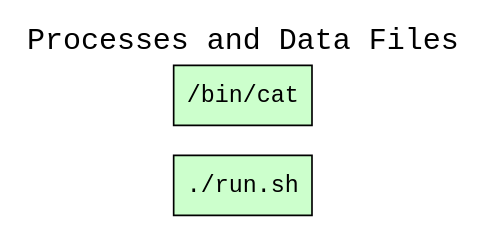
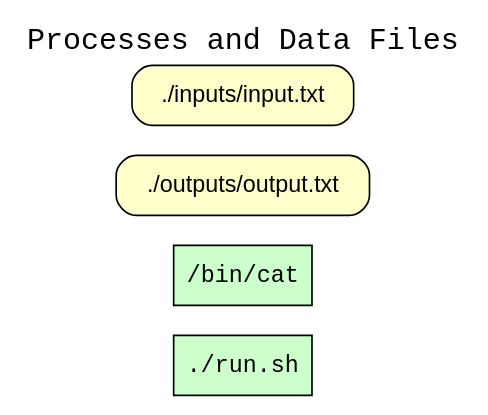
Before and after one commit to CIRSS/cpr: the diagram in examples/05-cat-file-to-file/graphs/wt_processes_and_data_files.dot, drawn with Graphviz. The commit also changed 10 other files, not shown here.

Commit message:
New graph now includes data file nodes.

```diff
--- a/examples/05-cat-file-to-file/graphs/wt_processes_and_data_files.dot
+++ b/examples/05-cat-file-to-file/graphs/wt_processes_and_data_files.dot
@@ -1,10 +1,12 @@
 
 digraph wt_run {
 rankdir=LR
 fontname=Courier; fontsize=18; labelloc=t
 label="Processes and Data Files"
 node[shape=box style="filled" fillcolor="#CCFFCC" peripheries=1 fontname=Courier]
 "exe:e1" [label="./run.sh"]
 "exe:e2" [label="/bin/cat"]
 node[shape=box style="rounded,filled" fillcolor="#FFFFCC" peripheries=1 fontname=Helvetica]
+"access:i10" [label="./outputs/output.txt"]
+"access:i18" [label="./inputs/input.txt"]
 }
```
